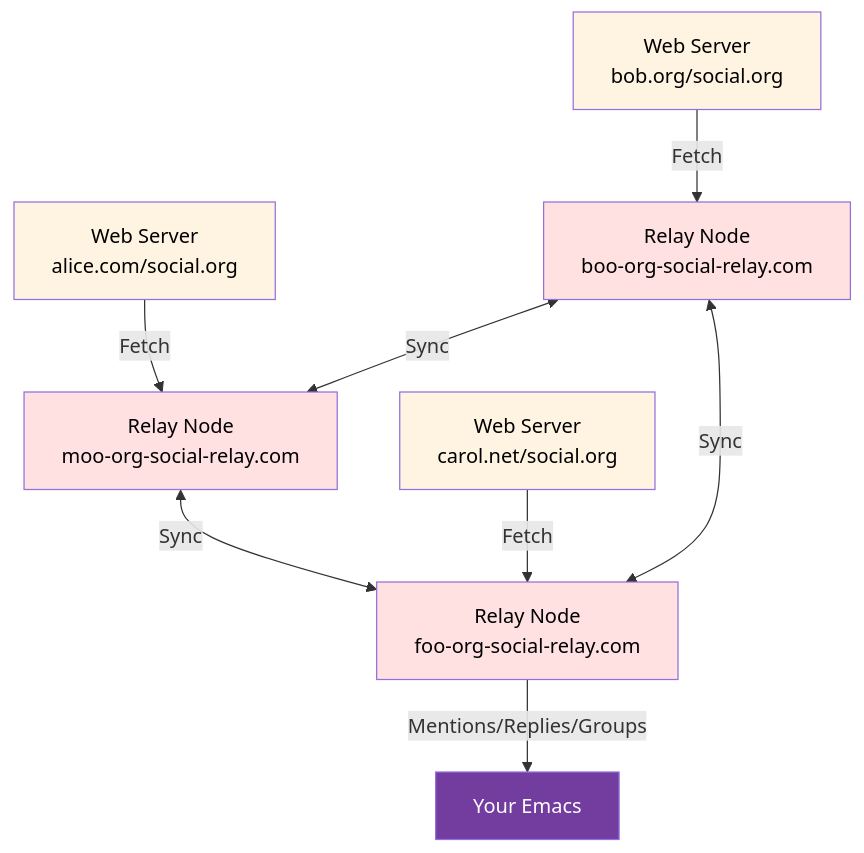
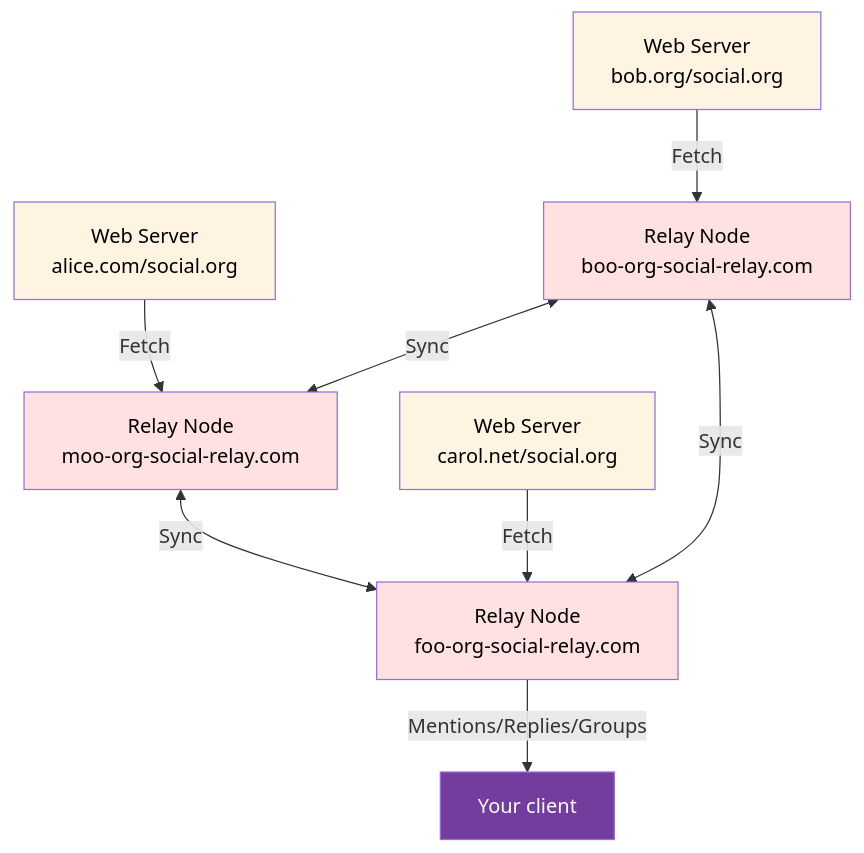
One commit to tanrax/org-social changed the fourth of 5 diagrams in README.md. Above: the diagram before and after it, drawn with Mermaid. The commit also changed other lines of this file and 1 other file, not shown here.

First line of the commit message:
Add iOS as official client alongside org-social.el

````diff
--- a/README.md
+++ b/README.md
@@ -1013,19 +1013,19 @@
 ```mermaid
 flowchart TB
     A["Web Server<br>alice.com/social.org"] -- Fetch --> n2["Relay Node<br>moo-org-social-relay.com"]
     B["Web Server<br>bob.org/social.org"] -- Fetch --> n1["Relay Node<br>boo-org-social-relay.com"]
     C["Web Server<br>carol.net/social.org"] -- Fetch --> D["Relay Node<br>foo-org-social-relay.com"]
     n1 <-- Sync --> D & n2
     n2 <-- Sync --> D
-    D -- Mentions/Replies/Groups --> E["Your Emacs"]
+    D -- Mentions/Replies/Groups --> E["Your client"]
 
     n2@{ shape: rect}
     n1@{ shape: rect}
     style A fill:#fff4e1,color:black
     style n2 fill:#ffe1e1,color:black
     style B fill:#fff4e1,color:black
     style n1 fill:#ffe1e1,color:black
     style C fill:#fff4e1,color:black
     style D fill:#ffe1e1,color:black
     style E fill:#733c9f,color:white
 ```
````
